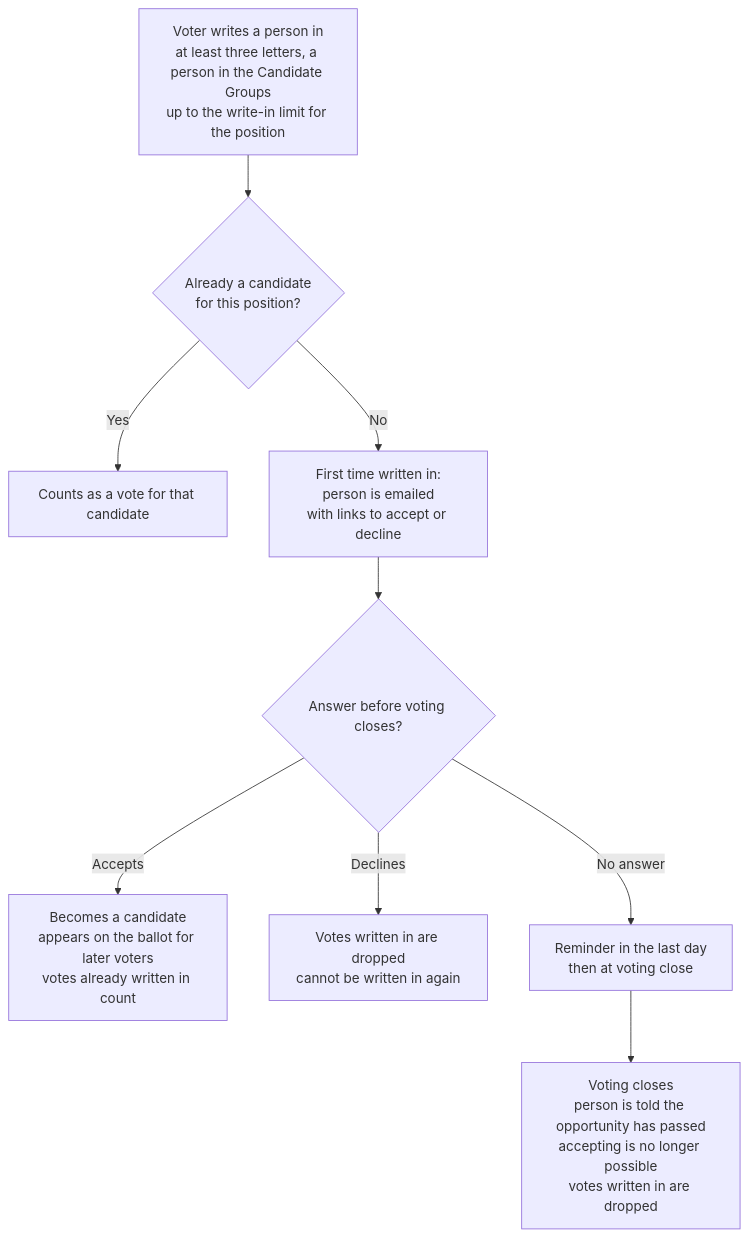
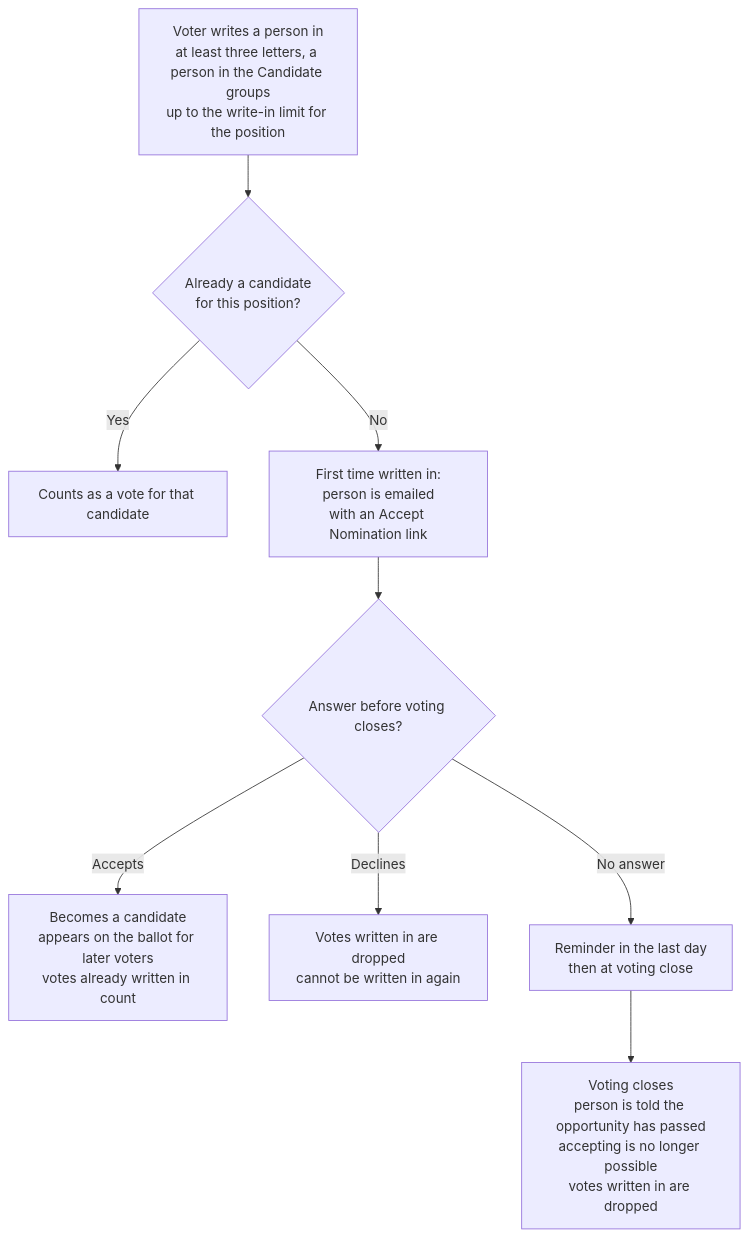
Before and after one commit to agileware/au.com.agileware.elections: the fourth of 8 diagrams in docs/workflows.md, drawn with Mermaid. The commit also changed other lines of this file and 198 other files, not shown here.

````diff
--- a/docs/workflows.md
+++ b/docs/workflows.md
@@ -63,11 +63,11 @@
 ```mermaid
 flowchart TD
-    W1["Voter writes a person in<br/>at least three letters, a person in the Candidate Groups<br/>up to the write-in limit for the position"] --> W2{"Already a candidate<br/>for this position?"}
+    W1["Voter writes a person in<br/>at least three letters, a person in the Candidate groups<br/>up to the write-in limit for the position"] --> W2{"Already a candidate<br/>for this position?"}
     W2 -->|Yes| W3["Counts as a vote for that candidate"]
-    W2 -->|No| W4["First time written in:<br/>person is emailed<br/>with links to accept or decline"]
+    W2 -->|No| W4["First time written in:<br/>person is emailed<br/>with an Accept Nomination link"]
     W4 --> W5{"Answer before voting closes?"}
     W5 -->|Accepts| W6["Becomes a candidate<br/>appears on the ballot for later voters<br/>votes already written in count"]
     W5 -->|Declines| W7["Votes written in are dropped<br/>cannot be written in again"]
     W5 -->|"No answer"| W8["Reminder in the last day<br/>then at voting close"]
     W8 --> W9["Voting closes<br/>person is told the opportunity has passed<br/>accepting is no longer possible<br/>votes written in are dropped"]
 ```
````
